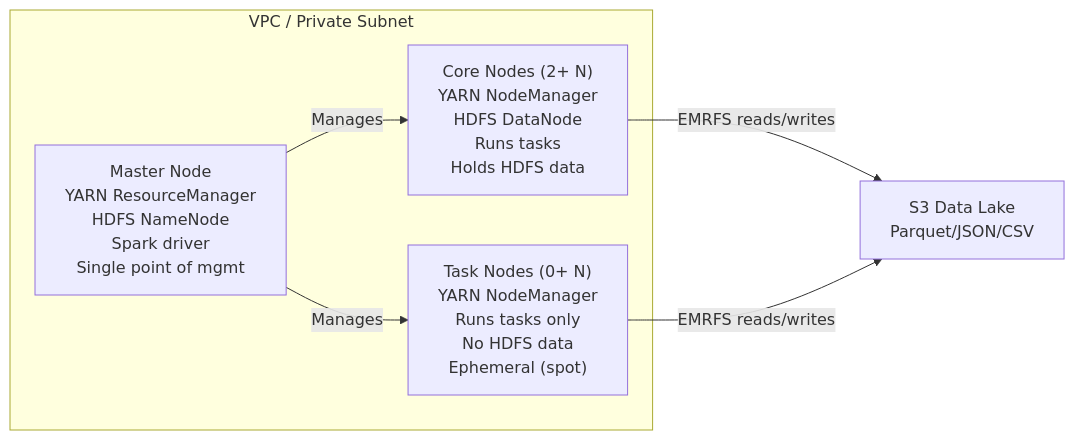
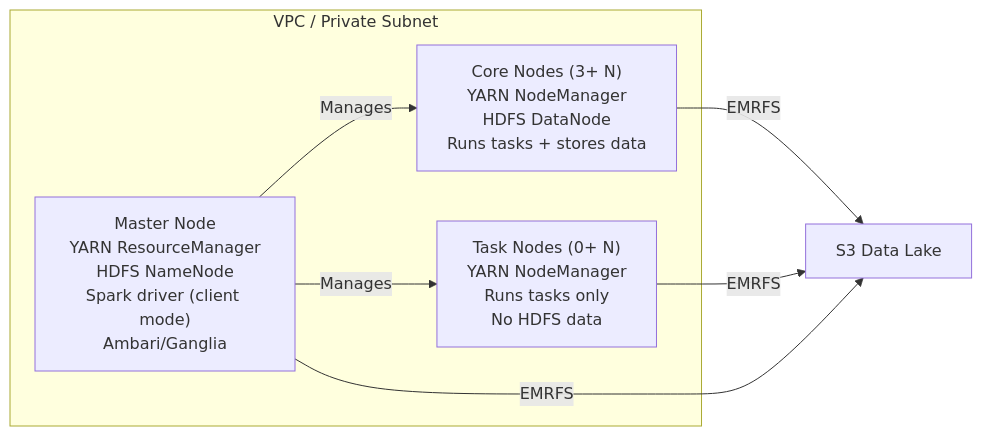
The diagram in emr/notes.md (cookiee01/data-engineering-learning-resources), drawn with Mermaid before and after one commit. The commit also changed other lines of this file and 1 other file, not shown here.

````diff
--- a/emr/notes.md
+++ b/emr/notes.md
@@ -28,15 +40,16 @@
 ```mermaid
 flowchart LR
     subgraph VPC["VPC / Private Subnet"]
-        MN["Master Node<br/>YARN ResourceManager<br/>HDFS NameNode<br/>Spark driver<br/>Single point of mgmt"]
-        CN["Core Nodes (2+ N)<br/>YARN NodeManager<br/>HDFS DataNode<br/>Runs tasks<br/>Holds HDFS data"]
-        TN["Task Nodes (0+ N)<br/>YARN NodeManager<br/>Runs tasks only<br/>No HDFS data<br/>Ephemeral (spot)"]
+        MN["Master Node<br/>YARN ResourceManager<br/>HDFS NameNode<br/>Spark driver (client mode)<br/>Ambari/Ganglia"]
+        CN["Core Nodes (3+ N)<br/>YARN NodeManager<br/>HDFS DataNode<br/>Runs tasks + stores data"]
+        TN["Task Nodes (0+ N)<br/>YARN NodeManager<br/>Runs tasks only<br/>No HDFS data"]
     end
 
-    S3["S3 Data Lake<br/>Parquet/JSON/CSV"]
+    S3["S3 Data Lake"]
 
     MN -->|"Manages"| CN
     MN -->|"Manages"| TN
-    CN -->|"EMRFS reads/writes"| S3
-    TN -->|"EMRFS reads/writes"| S3
+    CN -->|"EMRFS"| S3
+    TN -->|"EMRFS"| S3
+    MN -->|"EMRFS"| S3
 ```
````
